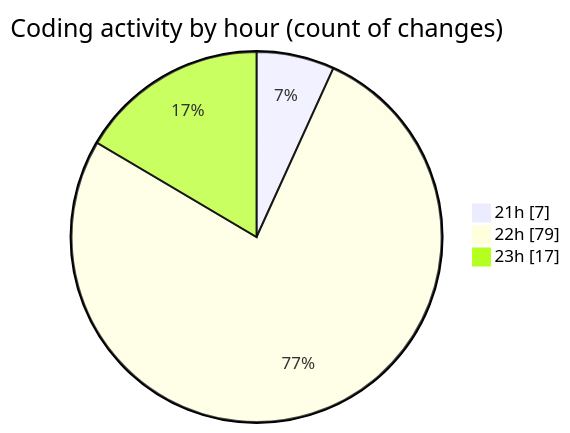
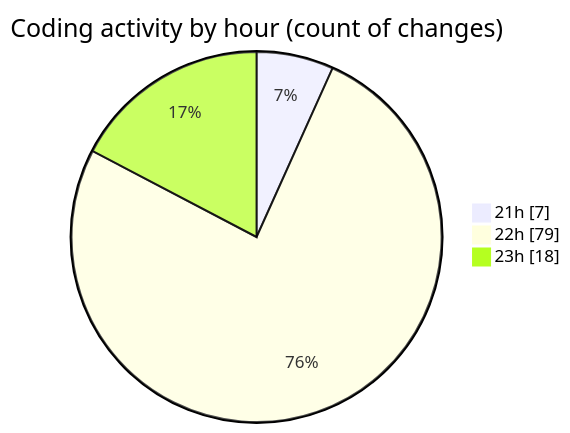
One commit to EIIisD/code-tracking changed the second of 2 diagrams in 2025-08-26/mcp-web/README.md. Above: the diagram before and after it, drawn with Mermaid. The commit also changed other lines of this file and 1 other file, not shown here.

````diff
--- a/2025-08-26/mcp-web/README.md
+++ b/2025-08-26/mcp-web/README.md
@@ -37,7 +37,7 @@
 ```mermaid
 pie showData
 title Coding activity by hour (count of changes)
 "21h" : 7
 "22h" : 79
-"23h" : 17
+"23h" : 18
 ```
````
